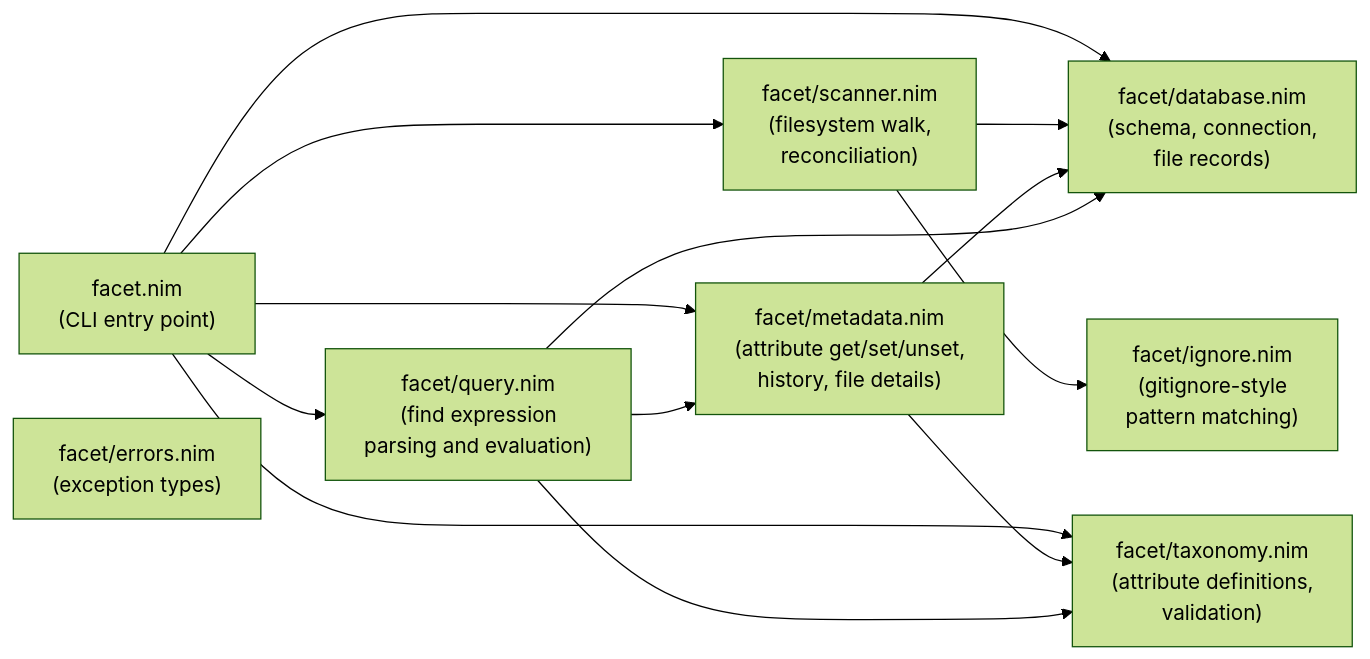
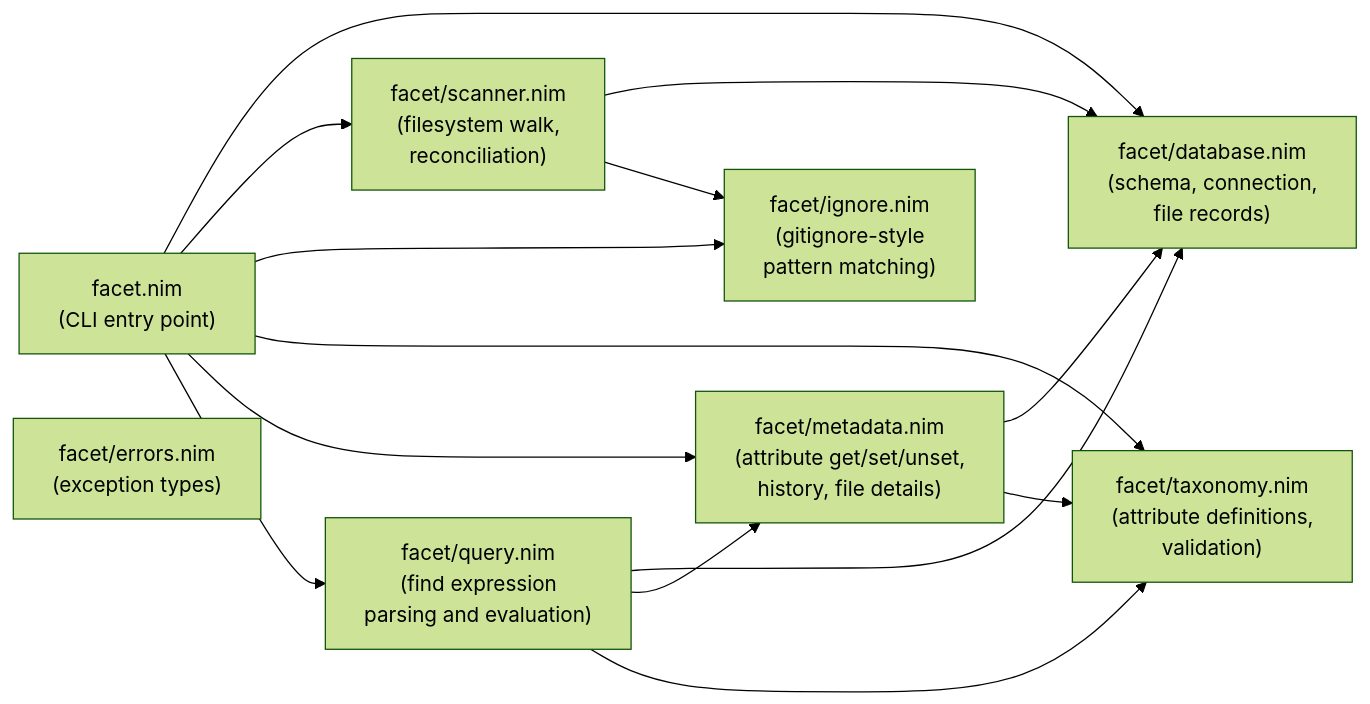
One commit to axler8r/facet changed the first of 4 diagrams in docs/design.md. Above: the diagram before and after it, drawn with Mermaid (forest theme). The commit also changed other lines of this file and 6 other files, not shown here.

First line of the commit message:
feat(ignore): add facet ignore command

````diff
--- a/docs/design.md
+++ b/docs/design.md
@@ -19,24 +19,25 @@
 ```mermaid
 flowchart LR
     facet["facet.nim<br/>(CLI entry point)"]
     database["facet/database.nim<br/>(schema, connection,<br/>file records)"]
     scanner["facet/scanner.nim<br/>(filesystem walk,<br/>reconciliation)"]
     ignore["facet/ignore.nim<br/>(gitignore-style<br/>pattern matching)"]
     taxonomy["facet/taxonomy.nim<br/>(attribute definitions,<br/>validation)"]
     metadata["facet/metadata.nim<br/>(attribute get/set/unset,<br/>history, file details)"]
     query["facet/query.nim<br/>(find expression<br/>parsing and evaluation)"]
     errors["facet/errors.nim<br/>(exception types)"]
 
     facet --> database
     facet --> scanner
+    facet --> ignore
     facet --> taxonomy
     facet --> metadata
     facet --> query
     scanner --> database
     scanner --> ignore
     metadata --> database
     metadata --> taxonomy
     query --> database
     query --> metadata
     query --> taxonomy
 ```
````
